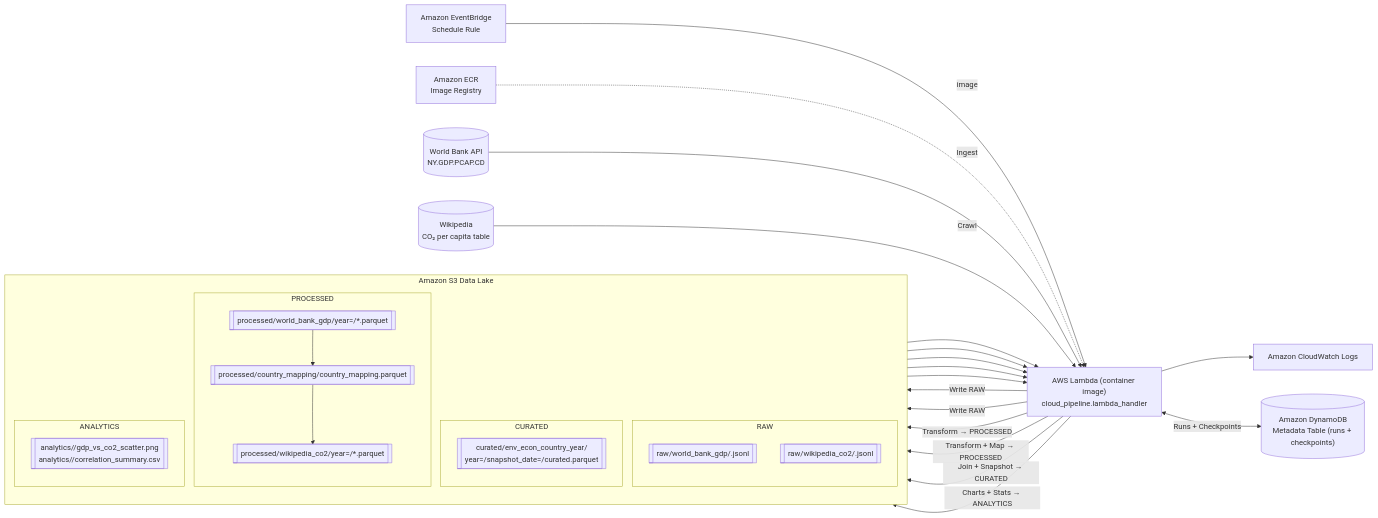
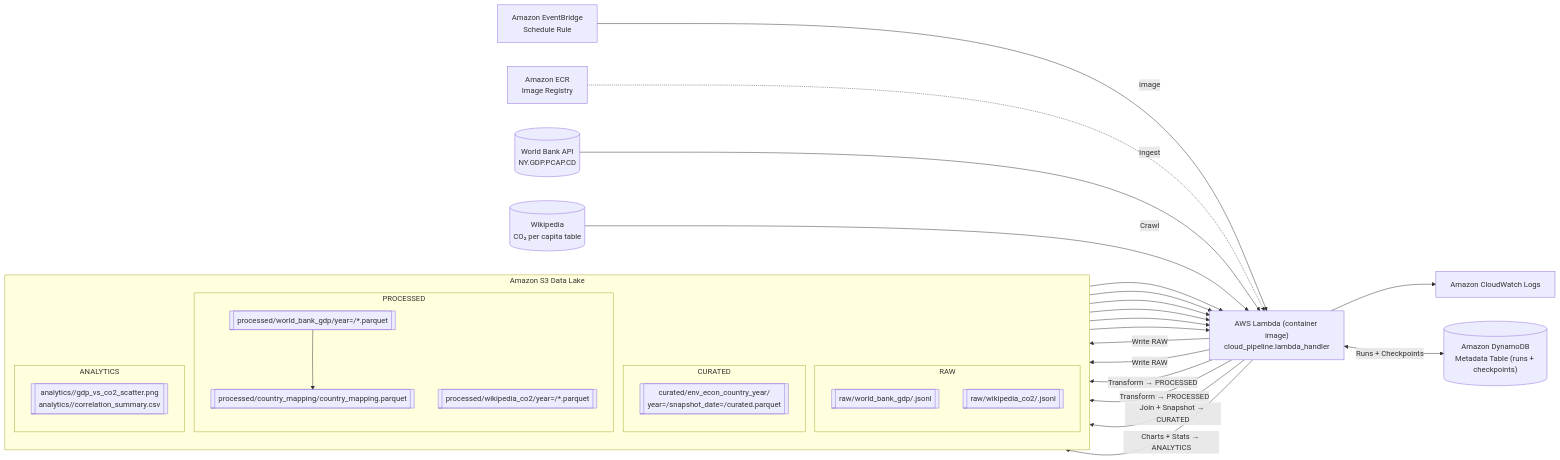
The diagram in docs/final_documentation.md (vstnt/Cloud-Native-Data-Pipeline-GDP-CO2-emissions-per-capita), drawn with Mermaid before and after one commit. The commit also changed 5 other files, not shown here.

````diff
--- a/docs/final_documentation.md
+++ b/docs/final_documentation.md
@@ -3,56 +3,56 @@
 ```mermaid
 flowchart LR
   %% Orchestration and Compute
   EB["Amazon EventBridge\nSchedule Rule"] --> L["AWS Lambda (container image)\ncloud_pipeline.lambda_handler"]
   ECR["Amazon ECR\nImage Registry"] -. image .-> L
   L --> CW["Amazon CloudWatch Logs"]
 
   %% External Sources
   WB[("World Bank API\nNY.GDP.PCAP.CD")]
   WIKI[("Wikipedia\nCO₂ per capita table")]
 
   %% Metadata Store
   DDB[("Amazon DynamoDB\nMetadata Table (runs + checkpoints)")]
 
   %% Data Lake on S3
   subgraph S3["Amazon S3 Data Lake"]
     direction TB
     subgraph RAW["RAW"]
       RAW_WB[["raw/world_bank_gdp/<date>.jsonl"]]
       RAW_WIKI[["raw/wikipedia_co2/<date>.jsonl"]]
     end
     subgraph PROC["PROCESSED"]
       PROC_WB[["processed/world_bank_gdp/year=<year>/*.parquet"]]
       PROC_WIKI[["processed/wikipedia_co2/year=<year>/*.parquet"]]
       MAPPING[["processed/country_mapping/country_mapping.parquet"]]
     end
     subgraph CUR["CURATED"]
       CURATED[["curated/env_econ_country_year/\nyear=<year>/snapshot_date=<YYYYMMDD>/curated.parquet"]]
     end
     subgraph ANA["ANALYTICS"]
       ANALYTICS[["analytics/<YYYYMMDD>/gdp_vs_co2_scatter.png\nanalytics/<YYYYMMDD>/correlation_summary.csv"]]
     end
   end
 
   %% Ingestion and Processing Flows
   WB -- "Ingest" --> L
   WIKI -- "Crawl" --> L
   L -- "Write RAW" --> RAW_WB
   L -- "Write RAW" --> RAW_WIKI
 
   RAW_WB --> L
   RAW_WIKI --> L
   L -- "Transform → PROCESSED" --> PROC_WB
-  L -- "Transform + Map → PROCESSED" --> PROC_WIKI
+  L -- "Transform → PROCESSED" --> PROC_WIKI
   PROC_WB --> MAPPING
-  MAPPING --> PROC_WIKI
 
   PROC_WB --> L
   PROC_WIKI --> L
+  MAPPING --> L
   L -- "Join + Snapshot → CURATED" --> CURATED
   CURATED --> L
   L -- "Charts + Stats → ANALYTICS" --> ANALYTICS
 
   %% Metadata Tracking
   L <--> |"Runs + Checkpoints"| DDB
 ```
````
